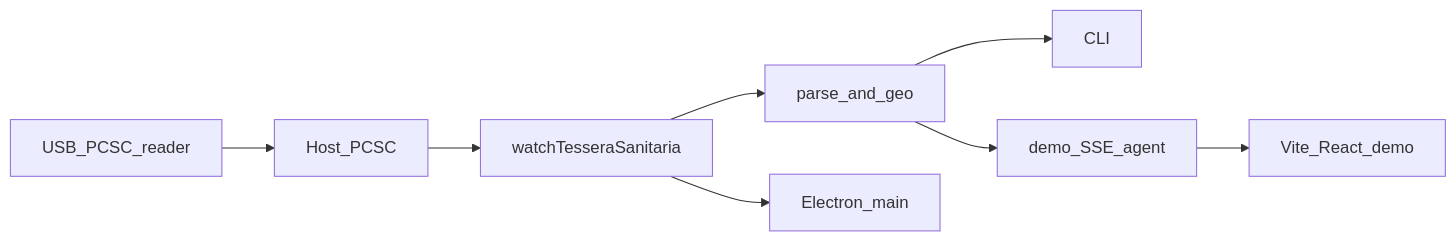
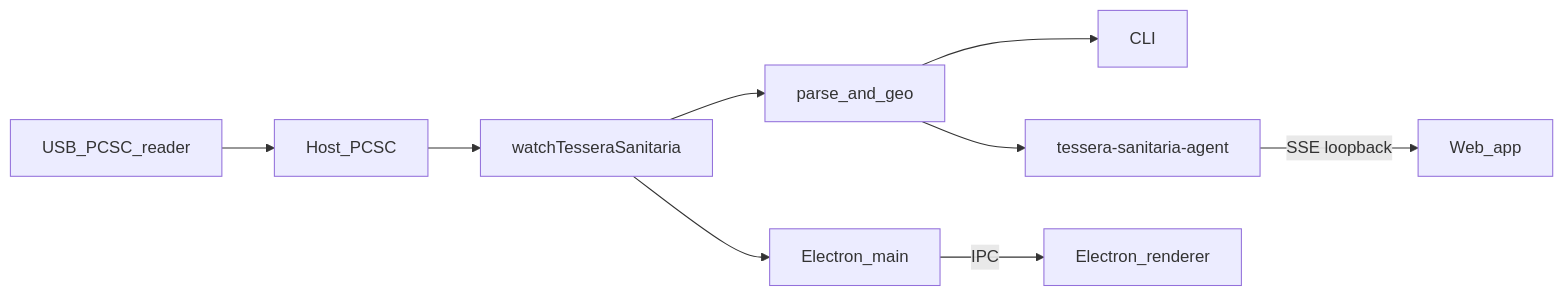
One commit to gabrielemuscogiuri/tesseraSanitariaReader changed the diagram in README.md. Above: the diagram before and after it, drawn with Mermaid. The commit also changed other lines of this file and 35 other files, not shown here.

````diff
--- a/README.md
+++ b/README.md
@@ -67,10 +73,11 @@
 ```mermaid
 flowchart LR
   Reader[USB_PCSC_reader] --> PCSC[Host_PCSC]
   PCSC --> Node[watchTesseraSanitaria]
   Node --> Parse[parse_and_geo]
   Parse --> CLI[CLI]
-  Parse --> Agent[demo_SSE_agent]
-  Agent --> React[Vite_React_demo]
-  Node --> Electron[Electron_main]
+  Parse --> Agent[tessera-sanitaria-agent]
+  Agent -->|"SSE loopback"| WebApp[Web_app]
+  Node --> ElectronMain[Electron_main]
+  ElectronMain -->|IPC| ElectronUI[Electron_renderer]
 ```
````
